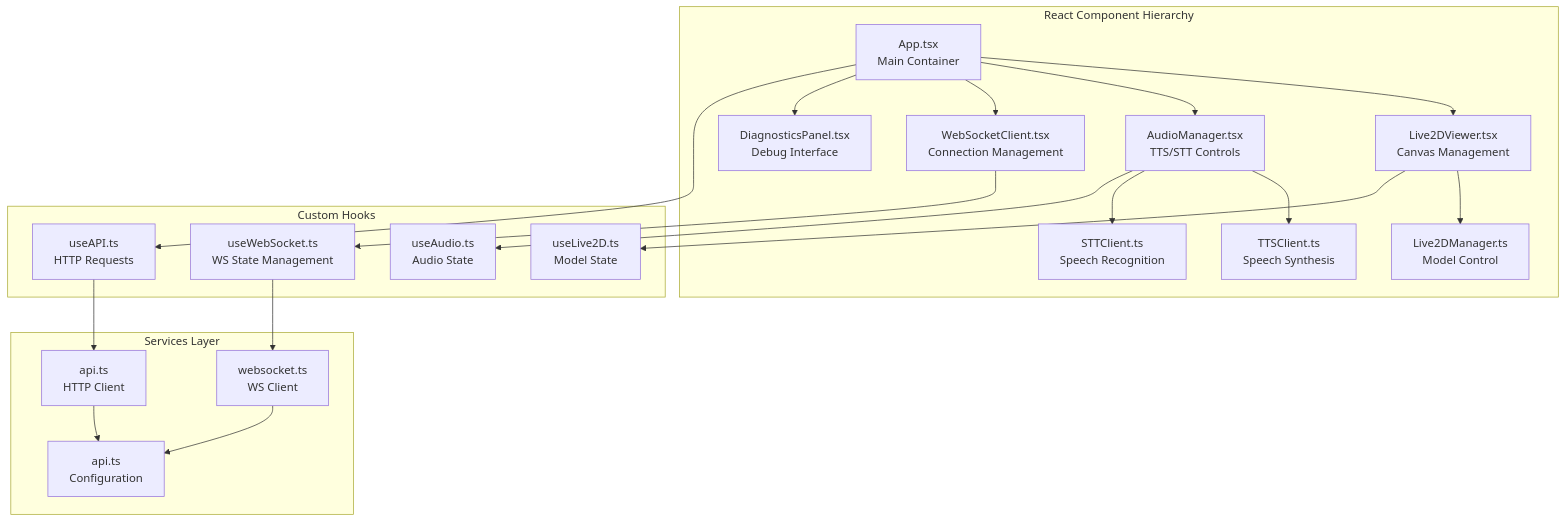
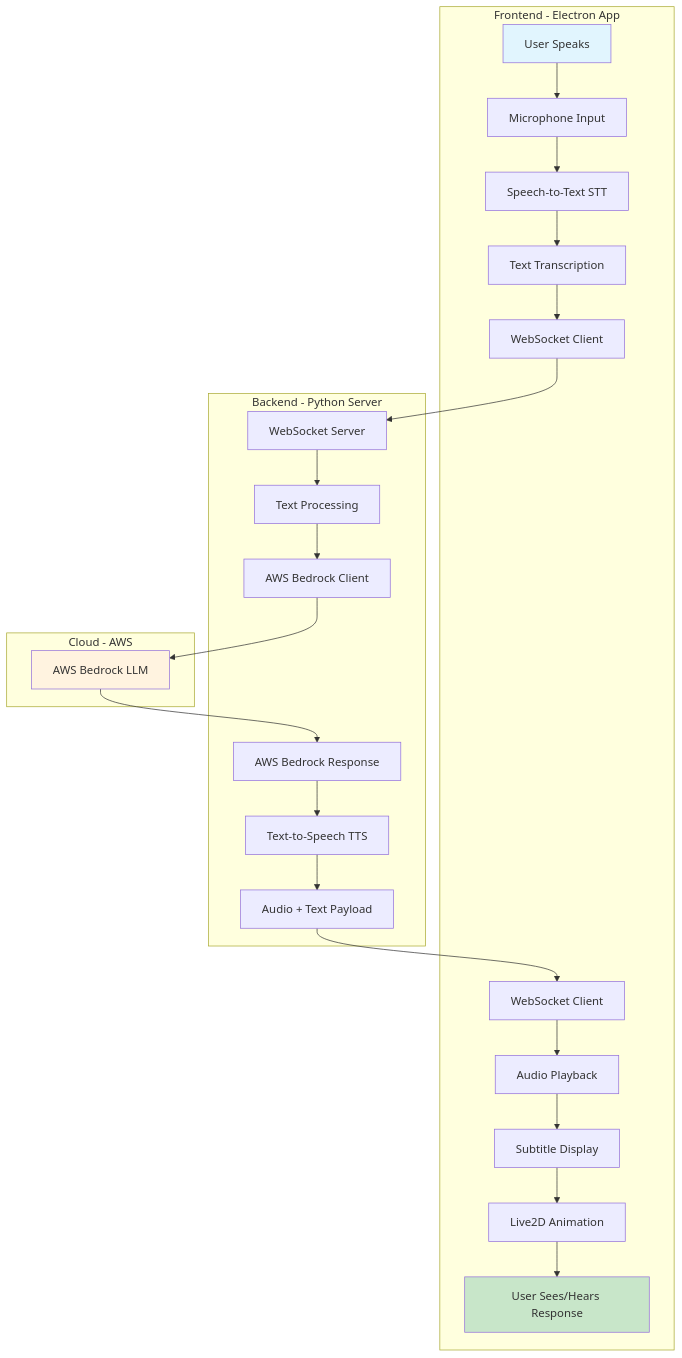
The first of 2 diagrams in LLM-Live2D-Desktop-Assitant-main/ARCHITECTURE_DIAGRAM.md (ArmanSahota/AWS_Live2D_Assistant), drawn with Mermaid before and after one commit. The commit also changed other lines of this file and 12 other files, not shown here.

Commit message:
Diagrams

````diff
--- a/LLM-Live2D-Desktop-Assitant-main/ARCHITECTURE_DIAGRAM.md
+++ b/LLM-Live2D-Desktop-Assitant-main/ARCHITECTURE_DIAGRAM.md
@@ -65,38 +8,33 @@
 ```mermaid
 graph TB
-    subgraph "React Component Hierarchy"
-        APP[App.tsx<br/>Main Container]
+    subgraph "Frontend - Electron App"
+        A[User Speaks] --> B[Microphone Input]
+        B --> C[Speech-to-Text STT]
+        C --> D[Text Transcription]
+        D --> E[WebSocket Client]
         
-        APP --> LIVE2D_VIEWER[Live2DViewer.tsx<br/>Canvas Management]
-        APP --> AUDIO_MGR[AudioManager.tsx<br/>TTS/STT Controls]
-        APP --> WS_CLIENT[WebSocketClient.tsx<br/>Connection Management]
-        APP --> DIAG_PANEL[DiagnosticsPanel.tsx<br/>Debug Interface]
-        
-        LIVE2D_VIEWER --> LIVE2D_MGR[Live2DManager.ts<br/>Model Control]
-        AUDIO_MGR --> TTS_CLIENT[TTSClient.ts<br/>Speech Synthesis]
-        AUDIO_MGR --> STT_CLIENT[STTClient.ts<br/>Speech Recognition]
+        L[WebSocket Client] --> M[Audio Playback]
+        M --> N[Subtitle Display]
+        N --> O[Live2D Animation]
+        O --> P[User Sees/Hears Response]
     end
     
-    subgraph "Custom Hooks"
-        USE_WS[useWebSocket.ts<br/>WS State Management]
-        USE_AUDIO[useAudio.ts<br/>Audio State]
-        USE_LIVE2D[useLive2D.ts<br/>Model State]
-        USE_API[useAPI.ts<br/>HTTP Requests]
+    subgraph "Backend - Python Server"
+        E --> F[WebSocket Server]
+        F --> G[Text Processing]
+        G --> H[AWS Bedrock Client]
         
-        WS_CLIENT --> USE_WS
-        AUDIO_MGR --> USE_AUDIO
-        LIVE2D_VIEWER --> USE_LIVE2D
-        APP --> USE_API
+        I[AWS Bedrock Response] --> J[Text-to-Speech TTS]
+        J --> K[Audio + Text Payload]
+        K --> L
     end
     
-    subgraph "Services Layer"
-        API_SERVICE[api.ts<br/>HTTP Client]
-        WS_SERVICE[websocket.ts<br/>WS Client]
-        CONFIG[api.ts<br/>Configuration]
-        
-        USE_API --> API_SERVICE
-        USE_WS --> WS_SERVICE
-        API_SERVICE --> CONFIG
-        WS_SERVICE --> CONFIG
+    subgraph "Cloud - AWS"
+        H --> AWS[AWS Bedrock LLM]
+        AWS --> I
     end
+    
+    style A fill:#e1f5fe
+    style P fill:#c8e6c9
+    style AWS fill:#fff3e0
 ```
````
